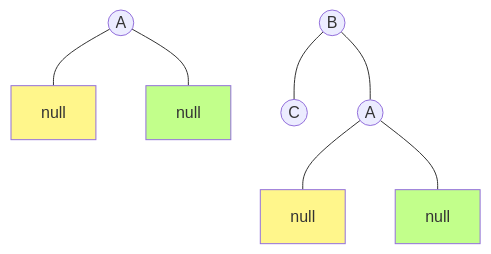
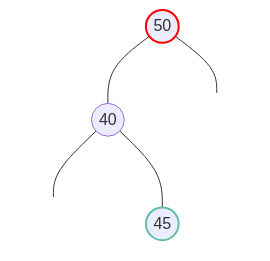
One commit to chupai/website-hugo changed diagram 11 of 14 in content/posts/2007/ds_avl-tree.md. Above: the diagram before and after it, drawn with Mermaid. The commit also changed other lines of this file and 49 other files, not shown here.

````diff
--- a/content/posts/2007/ds_avl-tree.md
+++ b/content/posts/2007/ds_avl-tree.md
@@ -155,17 +271,14 @@
 ```mermaid
 graph TB;
-  A((A)) ---  n3[null] & n1[null] ;
-  classDef n1 fill:#c2ff8b;
-  classDef n2 fill:#ff8b8b;
-  classDef n3 fill:#fff68b;
+  A((50)) --- B((40));
+  A((50)) --- n1[null];
+  B((40)) --- n2[null];
+  B((40)) --- C((45));
 
-  BB((B)) --- C((C)) & AA((A));
-  AA((A)) --- nn3[null] & nn1[null];
-  classDef n1 fill:#c2ff8b;
-  classDef n2 fill:#ff8b8b;
-
-  n1:::n1;
-  n3:::n3;
-  nn1:::n1;
-  nn3:::n3;
+  class A red;
+  class C green;
+  class n1,n2 transparent;
+  classDef red stroke:red,stroke-width:2px;
+  classDef green stroke:#61bfa6,stroke-width:2px;
+  classDef transparent fill:transparent,color:transparent,stroke:transparent;
 ```
````
